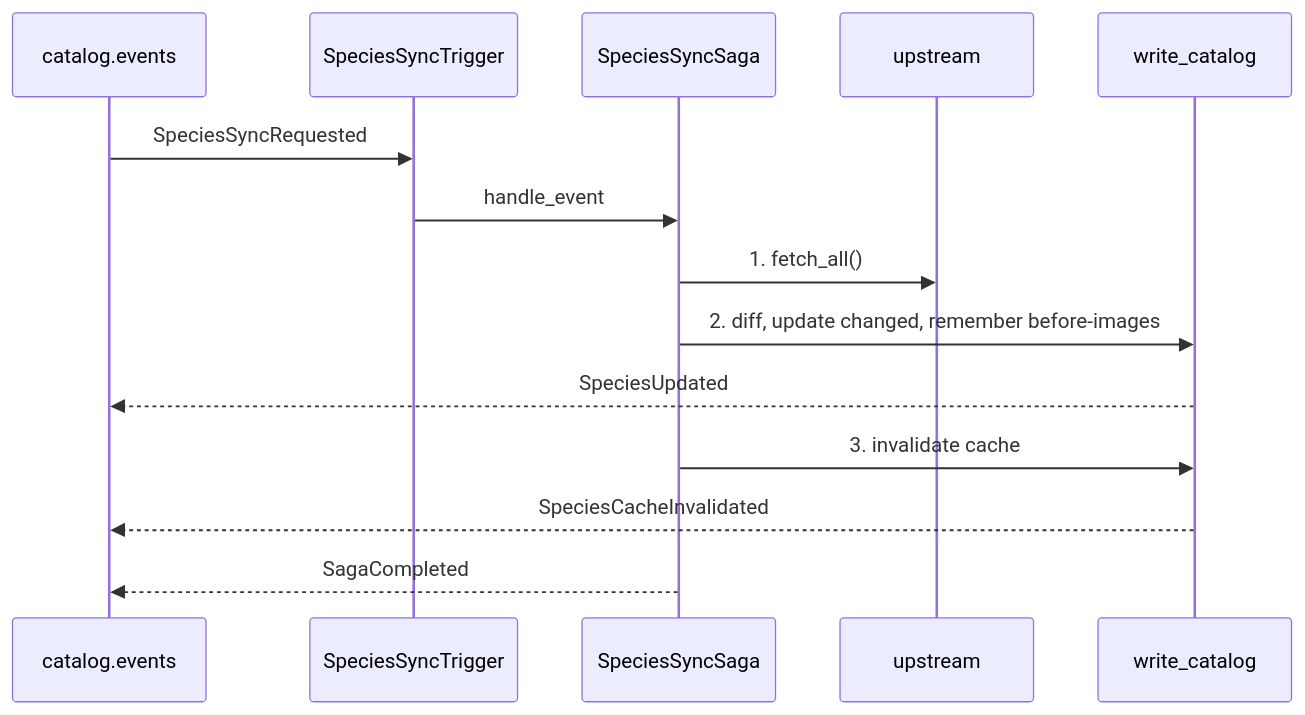
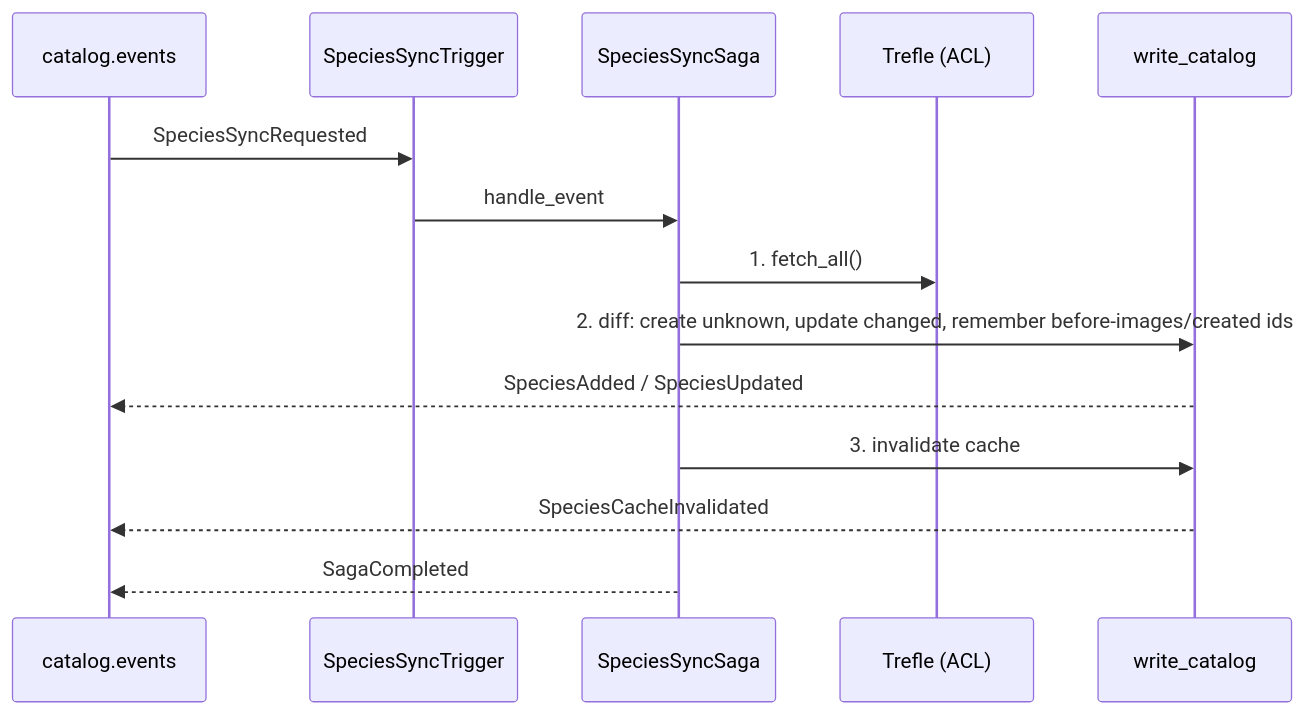
Before and after one commit to DisMosGit/plantkeeper: the fourth of 4 diagrams in docs/sagas.md, drawn with Mermaid. The commit also changed other lines of this file and 9 other files, not shown here.

````diff
--- a/docs/sagas.md
+++ b/docs/sagas.md
@@ -156,17 +156,17 @@
 ```mermaid
 sequenceDiagram
     participant K as catalog.events
     participant T as SpeciesSyncTrigger
     participant S as SpeciesSyncSaga
-    participant U as upstream
+    participant U as Trefle (ACL)
     participant W as write_catalog
 
     K->>T: SpeciesSyncRequested
     T->>S: handle_event
     S->>U: 1. fetch_all()
-    S->>W: 2. diff, update changed, remember before-images
-    W-->>K: SpeciesUpdated
+    S->>W: 2. diff: create unknown, update changed, remember before-images/created ids
+    W-->>K: SpeciesAdded / SpeciesUpdated
     S->>W: 3. invalidate cache
     W-->>K: SpeciesCacheInvalidated
     S-->>K: SagaCompleted
 ```
````
